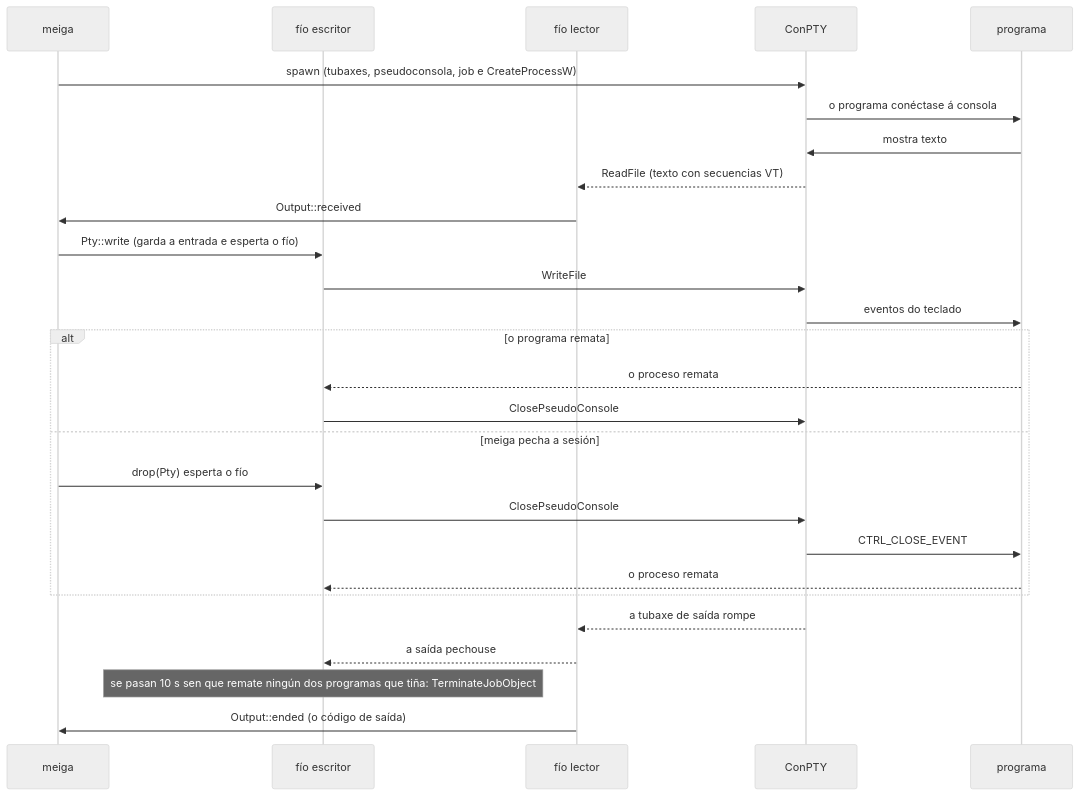
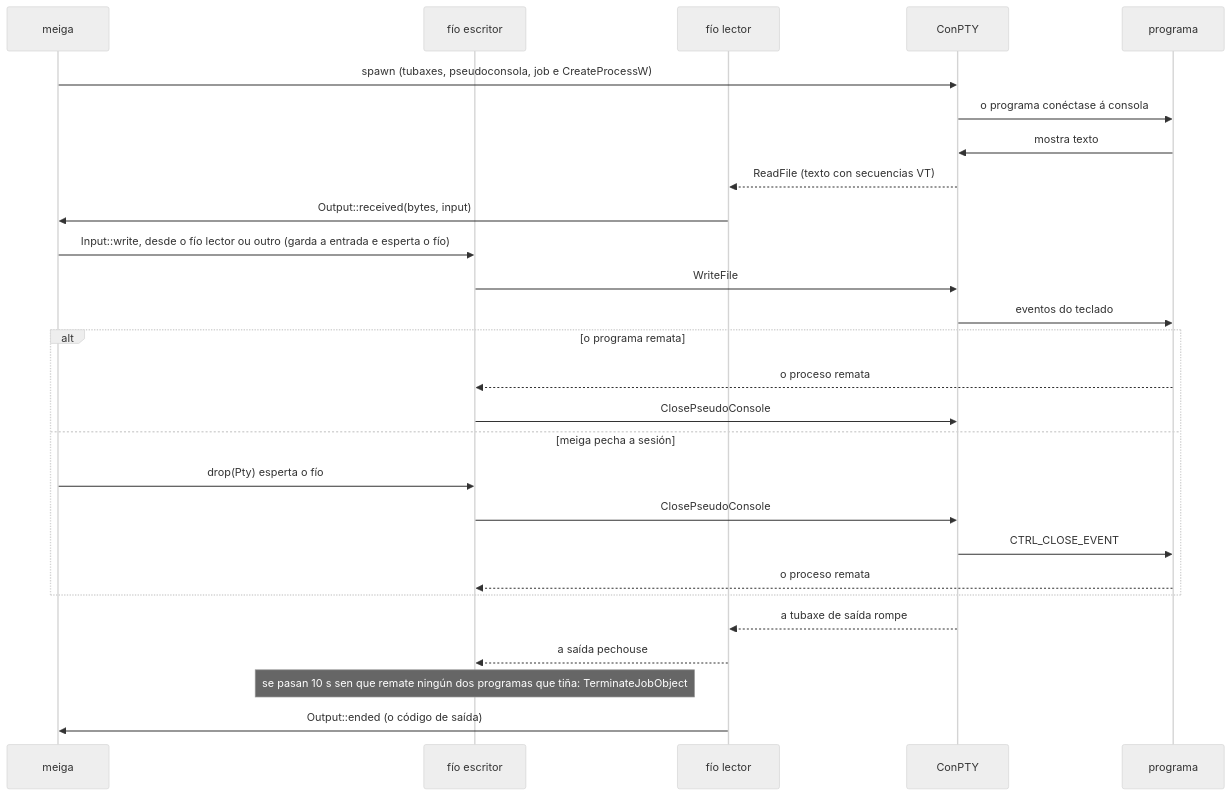
The third of 3 diagrams in docs/codigo/meiga-win.md (NewHouses/meiga), drawn with Mermaid (neutral theme) before and after one commit. The commit also changed other lines of this file and 52 other files, not shown here.

````diff
--- a/docs/codigo/meiga-win.md
+++ b/docs/codigo/meiga-win.md
@@ -983,29 +1152,29 @@
 ```mermaid
 sequenceDiagram
     participant M as meiga
     participant W as fío escritor
     participant R as fío lector
     participant C as ConPTY
     participant P as programa
     M->>C: spawn (tubaxes, pseudoconsola, job e CreateProcessW)
     C->>P: o programa conéctase á consola
     P->>C: mostra texto
     C-->>R: ReadFile (texto con secuencias VT)
-    R->>M: Output::received
-    M->>W: Pty::write (garda a entrada e esperta o fío)
+    R->>M: Output::received(bytes, input)
+    M->>W: Input::write, desde o fío lector ou outro (garda a entrada e esperta o fío)
     W->>C: WriteFile
     C->>P: eventos do teclado
     alt o programa remata
         P-->>W: o proceso remata
         W->>C: ClosePseudoConsole
     else meiga pecha a sesión
         M->>W: drop(Pty) esperta o fío
         W->>C: ClosePseudoConsole
         C->>P: CTRL_CLOSE_EVENT
         P-->>W: o proceso remata
     end
     C-->>R: a tubaxe de saída rompe
     R-->>W: a saída pechouse
     Note over W: se pasan 10 s sen que remate ningún dos programas que tiña: TerminateJobObject
     R->>M: Output::ended (o código de saída)
 ```
````
